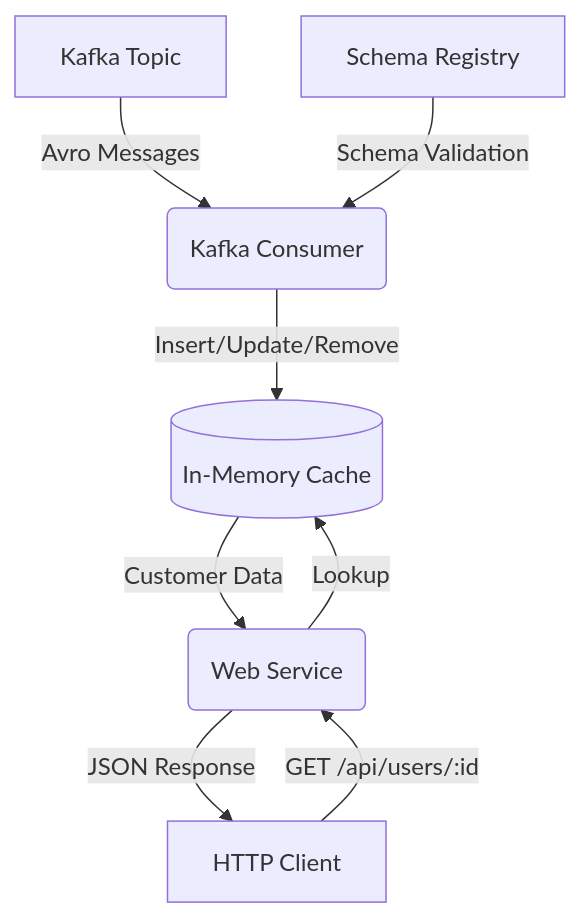
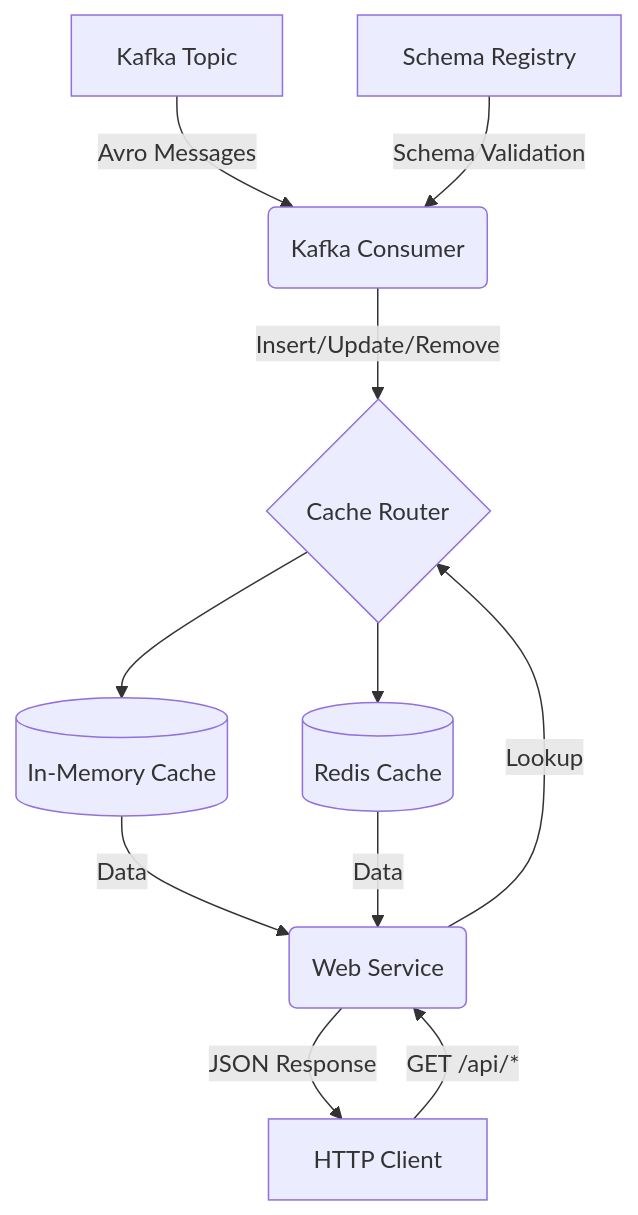
One commit to PolecatWorks/push-cache changed the diagram in README.md. Above: the diagram before and after it, drawn with Mermaid. The commit also changed other lines of this file, not shown here.

Commit message:
task: update README with redis diagram and cache configuration docs

````diff
--- a/README.md
+++ b/README.md
@@ -17,11 +17,14 @@
 ```mermaid
 graph TD
     K[Kafka Topic] -- Avro Messages --> C(Kafka Consumer)
     SR[Schema Registry] -- Schema Validation --> C
-    C -- Insert/Update/Remove --> M[(In-Memory Cache)]
+    C -- Insert/Update/Remove --> Router{Cache Router}
+    Router --> M[(In-Memory Cache)]
+    Router --> Redis[(Redis Cache)]
 
-    Client[HTTP Client] -- GET /api/users/:id --> API(Web Service)
-    API -- Lookup --> M
-    M -- Customer Data --> API
+    Client[HTTP Client] -- GET /api/* --> API(Web Service)
+    API -- Lookup --> Router
+    M -- Data --> API
+    Redis -- Data --> API
     API -- JSON Response --> Client
 ```
````
